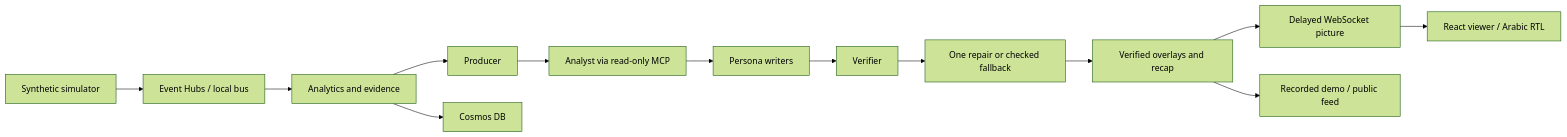
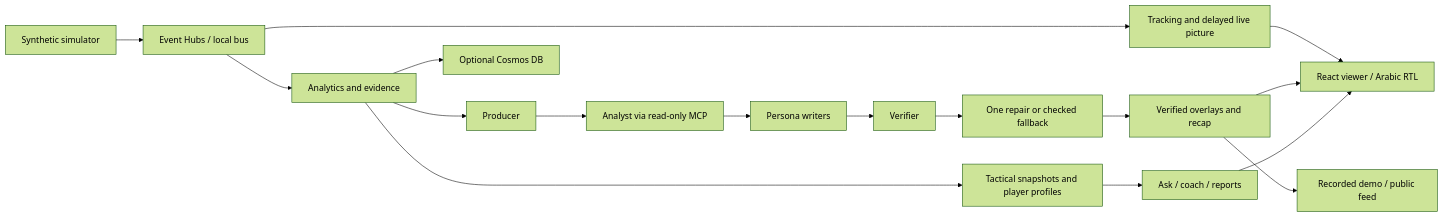
The diagram in README.md (AbdelrahmanOs77/everyfan), drawn with Mermaid (forest theme) before and after one commit. The commit also changed other lines of this file, not shown here.

````diff
--- a/README.md
+++ b/README.md
@@ -83,15 +293,19 @@
 ```mermaid
 flowchart LR
   S[Synthetic simulator] --> E[Event Hubs / local bus]
   E --> A[Analytics and evidence]
   A --> P[Producer]
   P --> N[Analyst via read-only MCP]
   N --> W[Persona writers]
   W --> V[Verifier]
   V --> R[One repair or checked fallback]
   R --> O[Verified overlays and recap]
-  O --> D[Delayed WebSocket picture]
+  E --> D[Tracking and delayed live picture]
   D --> F[React viewer / Arabic RTL]
+  O --> F
   O --> B[Recorded demo / public feed]
-  A --> C[Cosmos DB]
+  A --> X[Tactical snapshots and player profiles]
+  X --> Q[Ask / coach / reports]
+  Q --> F
+  A --> C[Optional Cosmos DB]
 ```
````
